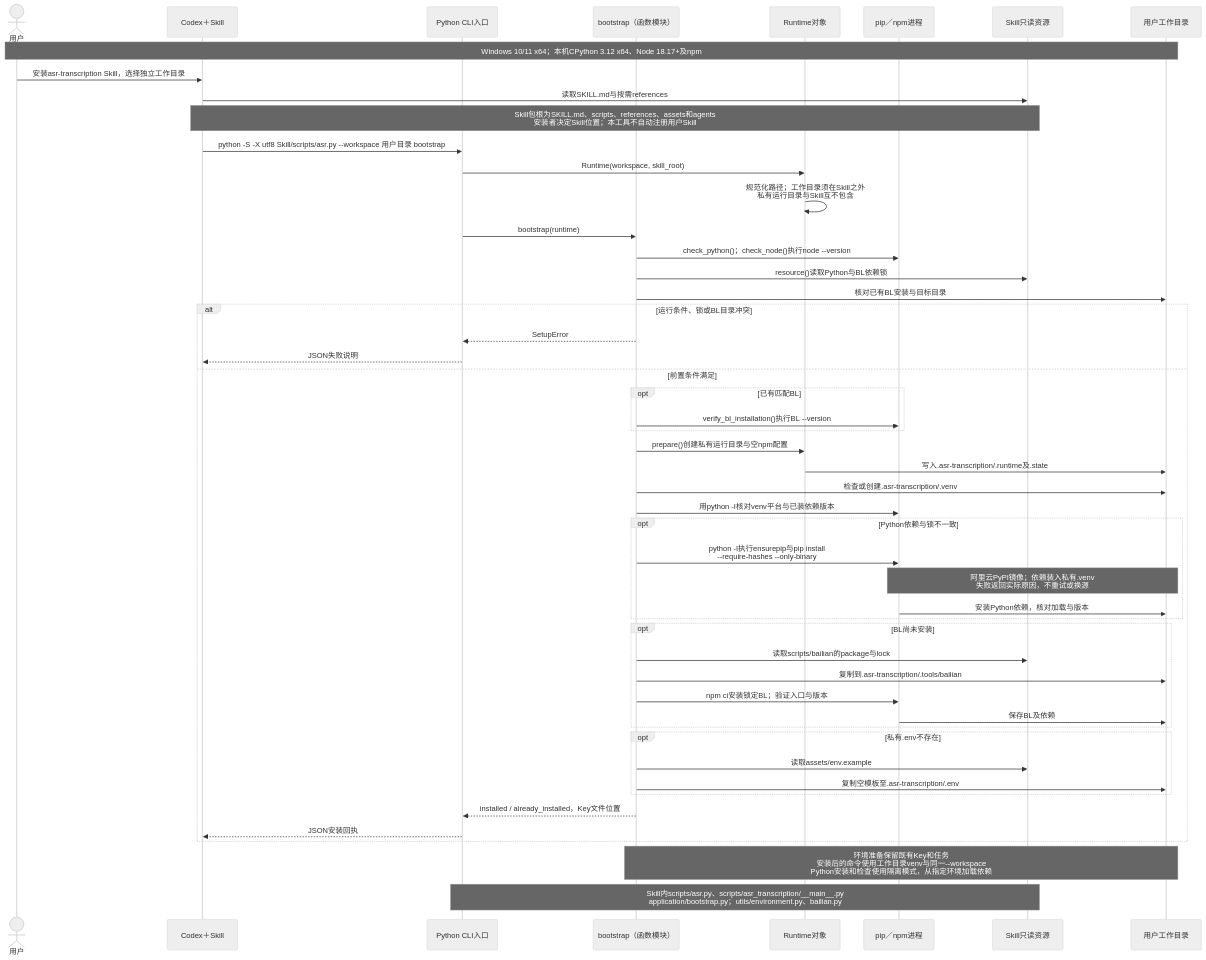
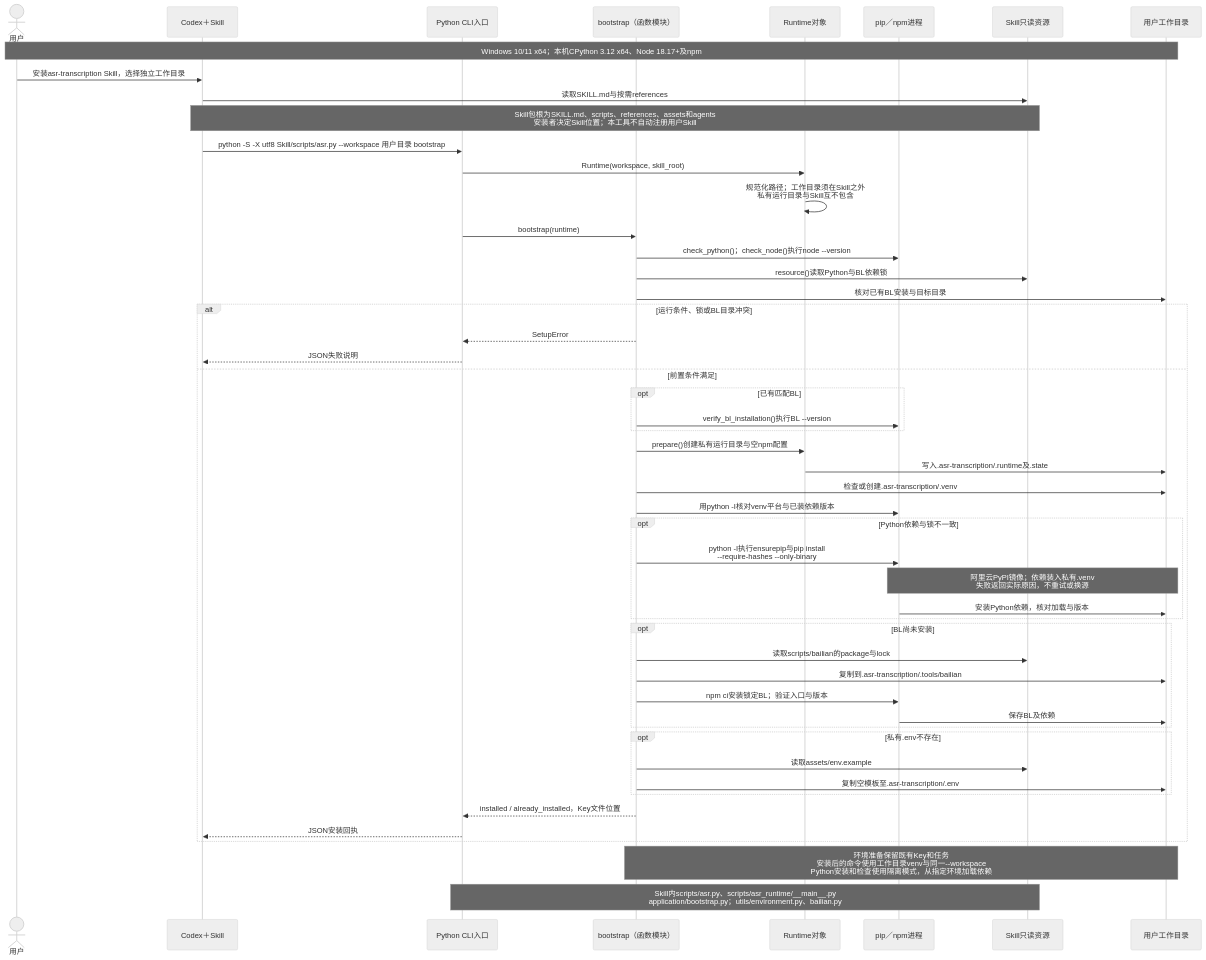
Before and after one commit to hx101700/asr-agent: the diagram in doc/uml/02-install.mmd, drawn with Mermaid (neutral theme). The commit also changed 85 other files, not shown here.

Commit message:
refactor: name the Python execution package asr_runtime

```diff
--- a/doc/uml/02-install.mmd
+++ b/doc/uml/02-install.mmd
@@ -1,51 +1,51 @@
 sequenceDiagram
 actor U as 用户
 participant C as Codex＋Skill
 participant E as Python CLI入口
 participant B as bootstrap（函数模块）
 participant R as Runtime对象
 participant M as pip／npm进程
 participant S as Skill只读资源
 participant F as 用户工作目录
 Note over U,F: Windows 10/11 x64；本机CPython 3.12 x64、Node 18.17+及npm
 U->>C: 安装asr-transcription Skill，选择独立工作目录
 C->>S: 读取SKILL.md与按需references
 Note over C,S: Skill包根为SKILL.md、scripts、references、assets和agents<br/>安装者决定Skill位置；本工具不自动注册用户Skill
 C->>E: python -S -X utf8 Skill/scripts/asr.py --workspace 用户目录 bootstrap
 E->>R: Runtime(workspace, skill_root)
 R->>R: 规范化路径；工作目录须在Skill之外<br/>私有运行目录与Skill互不包含
 E->>B: bootstrap(runtime)
 B->>M: check_python()；check_node()执行node --version
 B->>S: resource()读取Python与BL依赖锁
 B->>F: 核对已有BL安装与目标目录
 alt 运行条件、锁或BL目录冲突
     B-->>E: SetupError
     E-->>C: JSON失败说明
 else 前置条件满足
     opt 已有匹配BL
         B->>M: verify_bl_installation()执行BL --version
     end
     B->>R: prepare()创建私有运行目录与空npm配置
     R->>F: 写入.asr-transcription/.runtime及.state
     B->>F: 检查或创建.asr-transcription/.venv
     B->>M: 用python -I核对venv平台与已装依赖版本
     opt Python依赖与锁不一致
         B->>M: python -I执行ensurepip与pip install<br/>--require-hashes --only-binary
         Note over M,F: 阿里云PyPI镜像；依赖装入私有.venv<br/>失败返回实际原因，不重试或换源
         M->>F: 安装Python依赖，核对加载与版本
     end
     opt BL尚未安装
         B->>S: 读取scripts/bailian的package与lock
         B->>F: 复制到.asr-transcription/.tools/bailian
         B->>M: npm ci安装锁定BL；验证入口与版本
         M->>F: 保存BL及依赖
     end
     opt 私有.env不存在
         B->>S: 读取assets/env.example
         B->>F: 复制空模板至.asr-transcription/.env
     end
     B-->>E: installed / already_installed，Key文件位置
     E-->>C: JSON安装回执
 end
 Note over B,F: 环境准备保留既有Key和任务<br/>安装后的命令使用工作目录venv与同一--workspace<br/>Python安装和检查使用隔离模式，从指定环境加载依赖
-Note over E,S: Skill内scripts/asr.py、scripts/asr_transcription/__main__.py<br/>application/bootstrap.py；utils/environment.py、bailian.py
+Note over E,S: Skill内scripts/asr.py、scripts/asr_runtime/__main__.py<br/>application/bootstrap.py；utils/environment.py、bailian.py
```
